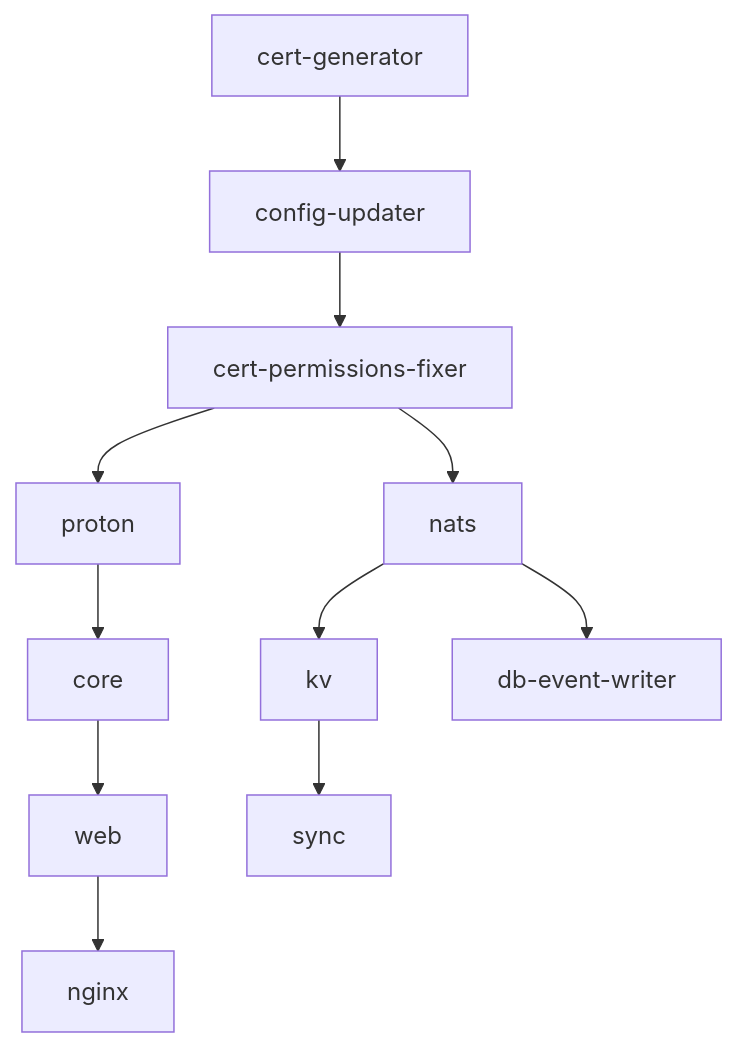
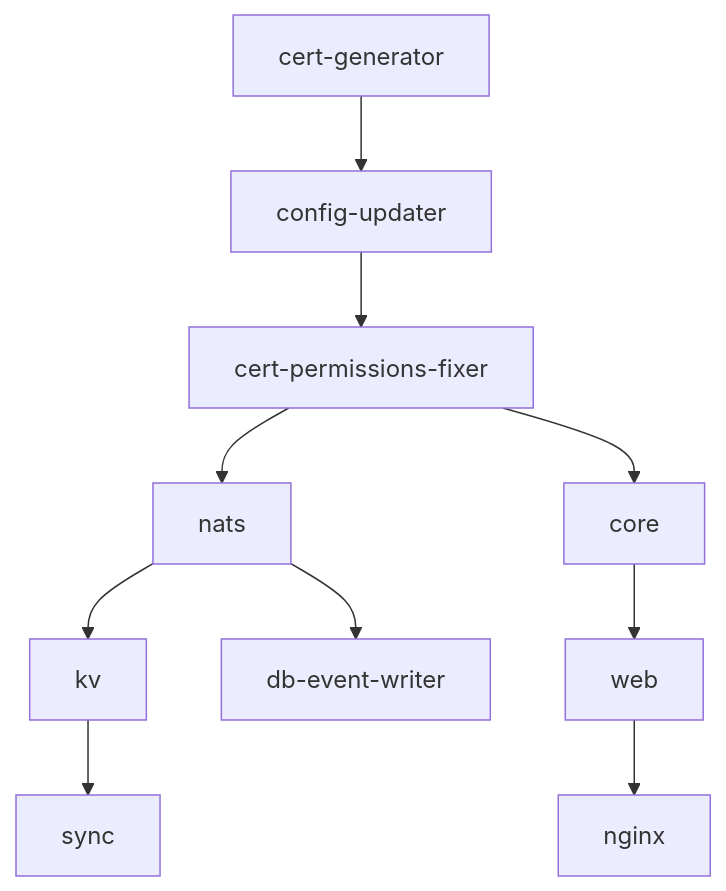
One commit to carverauto/serviceradar changed the diagram in docs/docs/docker-setup.md. Above: the diagram before and after it, drawn with Mermaid. The commit also changed other lines of this file and 157 other files, not shown here.

````diff
--- a/docs/docs/docker-setup.md
+++ b/docs/docs/docker-setup.md
@@ -625,13 +578,12 @@
 ```mermaid
 graph TD
     A[cert-generator] --> B[config-updater]
     B --> C[cert-permissions-fixer]
-    C --> D[proton]
-    C --> E[nats]
-    D --> F[core]
-    E --> G[kv]
-    F --> H[web]
-    H --> I[nginx]
-    G --> J[sync]
-    E --> K[db-event-writer]
+    C --> D[nats]
+    C --> E[core]
+    D --> F[kv]
+    E --> G[web]
+    G --> H[nginx]
+    F --> I[sync]
+    D --> J[db-event-writer]
 ```
````
